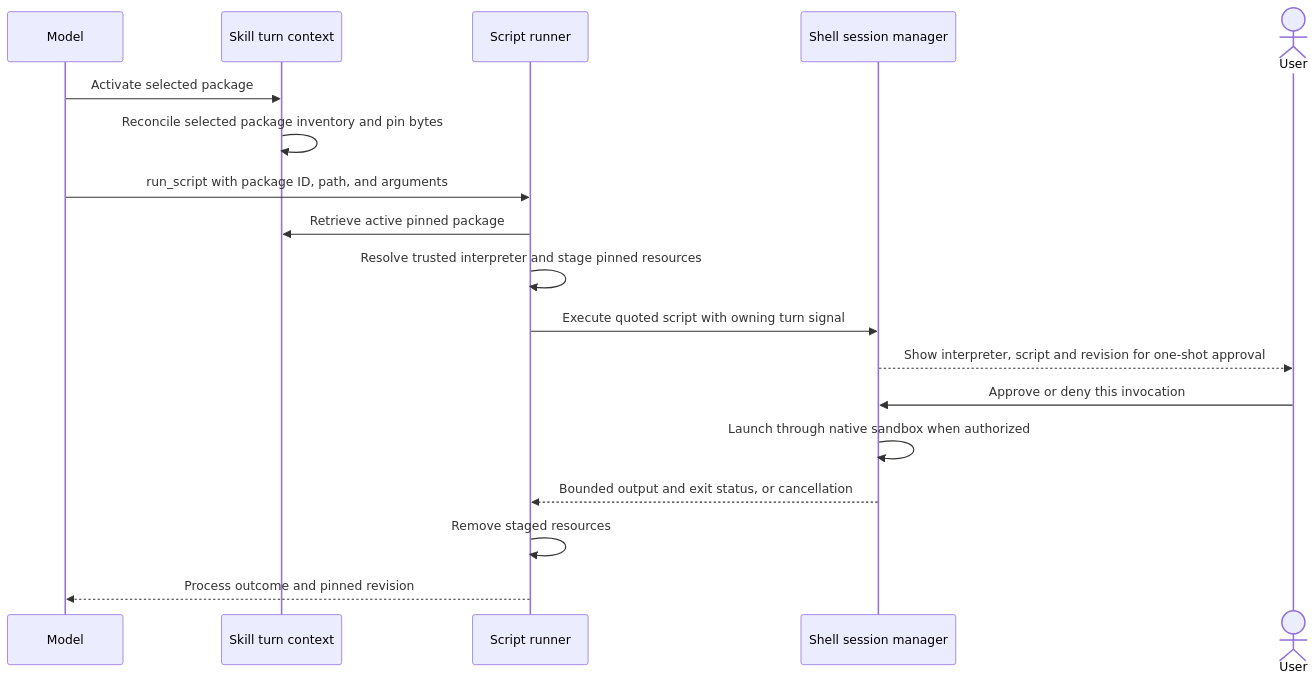
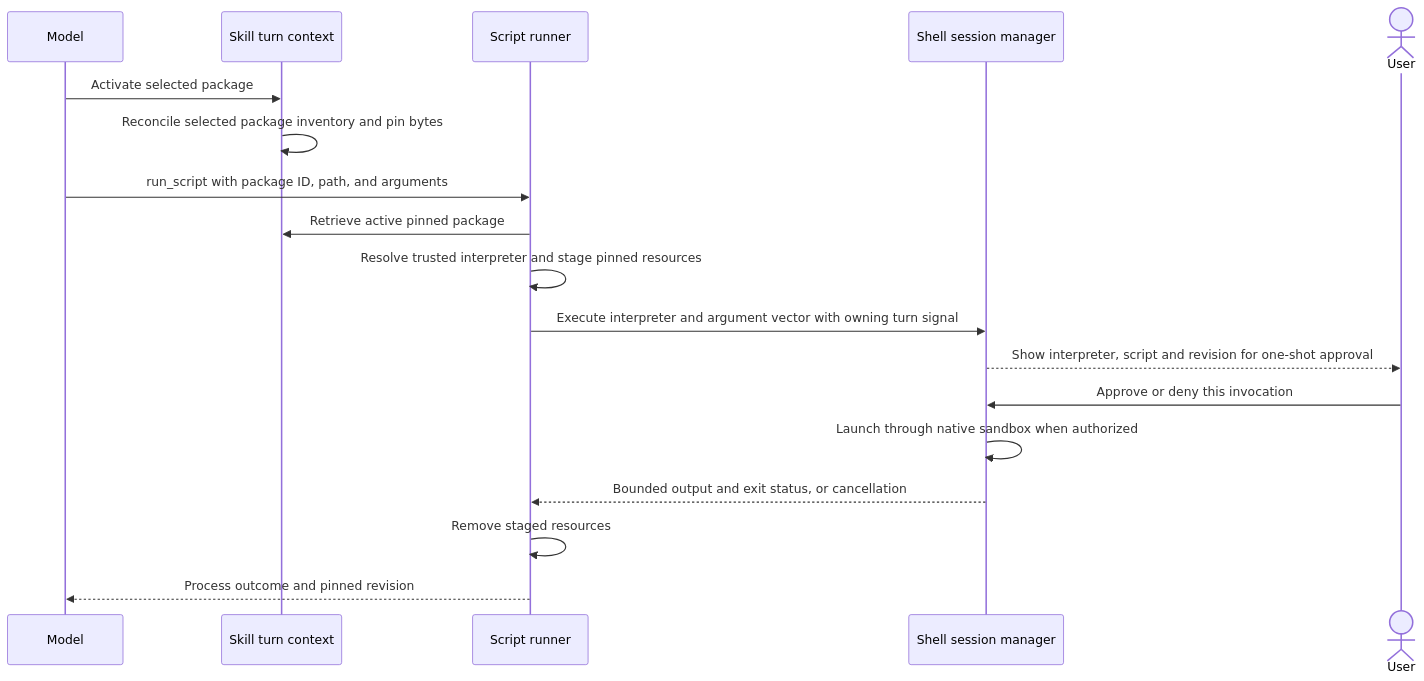
One commit to danceroutine/Glyph changed the ninth of 10 diagrams in docs/AGENT_INSTRUCTIONS.md. Above: the diagram before and after it, drawn with Mermaid. The commit also changed other lines of this file and 3 other files, not shown here.

````diff
--- a/docs/AGENT_INSTRUCTIONS.md
+++ b/docs/AGENT_INSTRUCTIONS.md
@@ -390,20 +390,20 @@
 ```mermaid
 sequenceDiagram
     participant Model
     participant Turn as Skill turn context
     participant Runner as Script runner
     participant Shell as Shell session manager
     actor User
     Model->>Turn: Activate selected package
     Turn->>Turn: Reconcile selected package inventory and pin bytes
     Model->>Runner: run_script with package ID, path, and arguments
     Runner->>Turn: Retrieve active pinned package
     Runner->>Runner: Resolve trusted interpreter and stage pinned resources
-    Runner->>Shell: Execute quoted script with owning turn signal
+    Runner->>Shell: Execute interpreter and argument vector with owning turn signal
     Shell-->>User: Show interpreter, script and revision for one-shot approval
     User->>Shell: Approve or deny this invocation
     Shell->>Shell: Launch through native sandbox when authorized
     Shell-->>Runner: Bounded output and exit status, or cancellation
     Runner->>Runner: Remove staged resources
     Runner-->>Model: Process outcome and pinned revision
 ```
````
